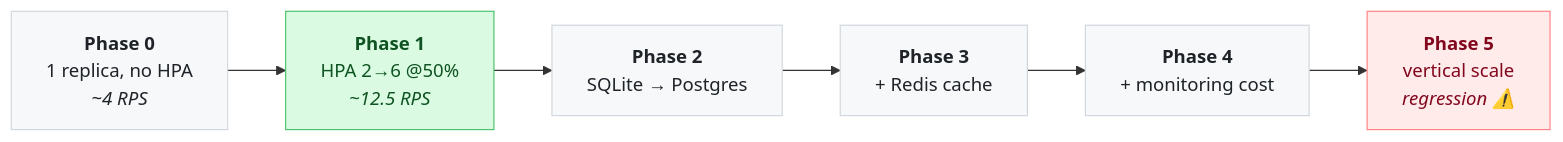
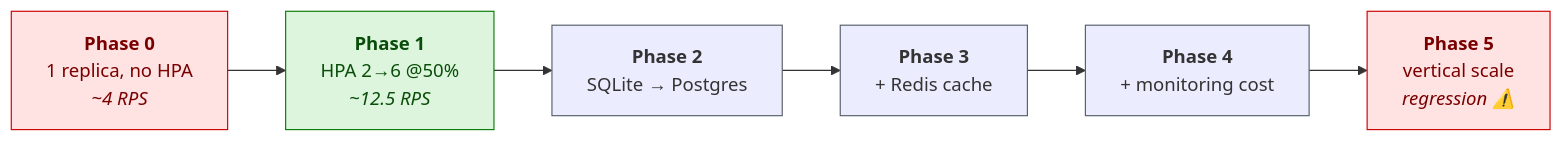
One commit to Ansh-dhanani/Distributed-system-load-analysis changed the fifth of 8 diagrams in README.md. Above: the diagram before and after it, drawn with Mermaid. The commit also changed other lines of this file, not shown here.

First line of the commit message:
docs: restore previous mermaid styling, darken node borders

````diff
--- a/README.md
+++ b/README.md
@@ -178,17 +164,16 @@
 ```mermaid
 flowchart LR
     P0["<b>Phase 0</b><br/>1 replica, no HPA<br/><i>~4 RPS</i>"]
     P1["<b>Phase 1</b><br/>HPA 2→6 @50%<br/><i>~12.5 RPS</i>"]
     P2["<b>Phase 2</b><br/>SQLite → Postgres"]
     P3["<b>Phase 3</b><br/>+ Redis cache"]
     P4["<b>Phase 4</b><br/>+ monitoring cost"]
     P5["<b>Phase 5</b><br/>vertical scale<br/><i>regression ⚠️</i>"]
 
     P0 --> P1 --> P2 --> P3 --> P4 --> P5
 
-    classDef default fill:#f6f8fa,stroke:#d0d7de,color:#1f2328;
-    classDef good fill:#dafbe1,stroke:#4ac26b,color:#0f5323;
-    classDef bad  fill:#ffebe9,stroke:#ff8182,color:#82071e;
-    class P1 good;
-    class P5 bad;
+    style P0 fill:#ffe3e3,stroke:#cc0000,color:#7a0000
+    style P1 fill:#dcf5dc,stroke:#0a7d0a,color:#0a4d0a
+    style P5 fill:#ffe3e3,stroke:#cc0000,color:#7a0000
+    classDef default stroke:#57606a;
 ```
````
